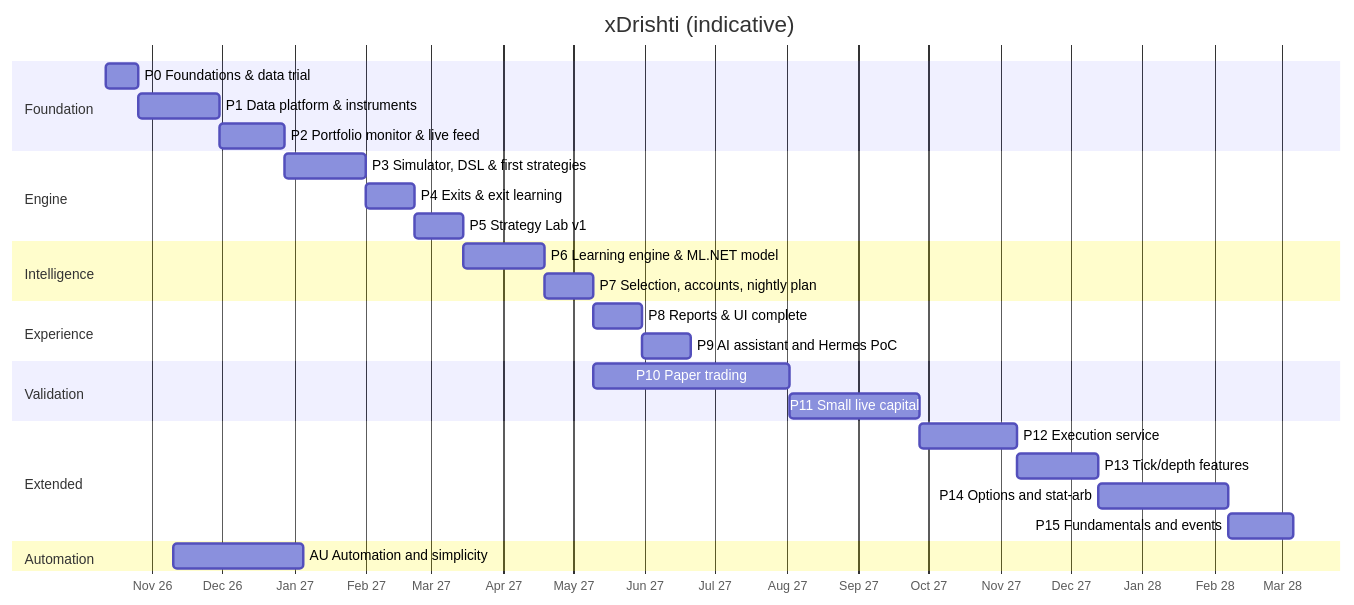
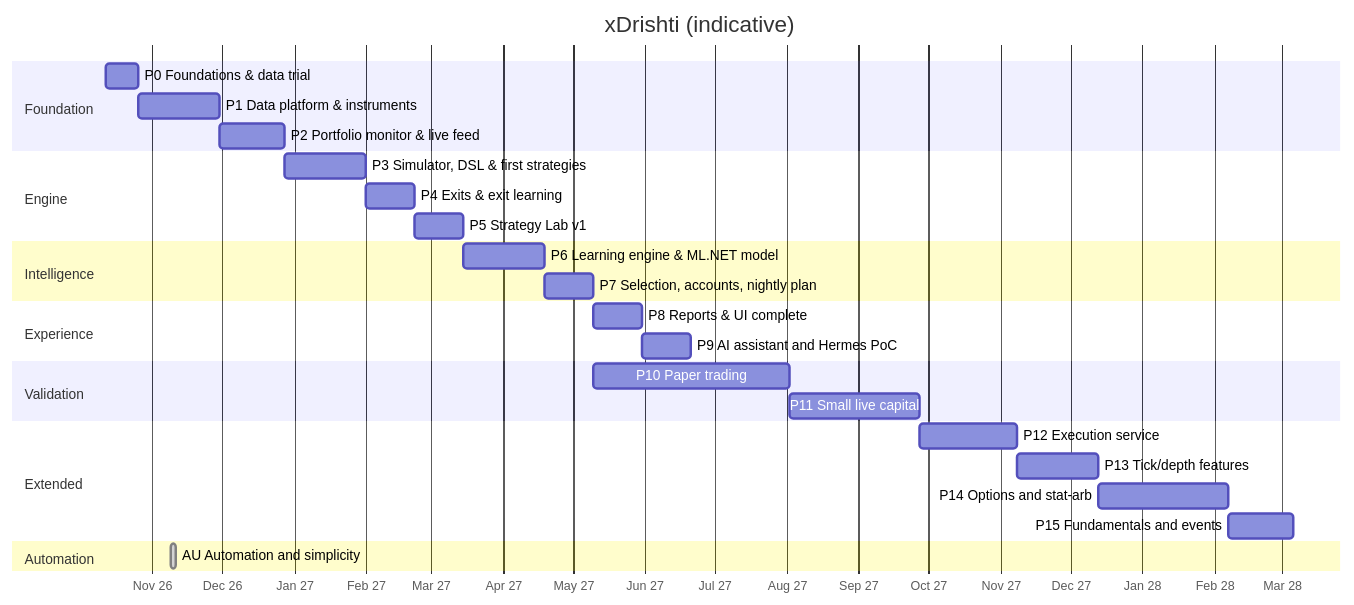
The diagram in docs/design/18-roadmap.md (hemsingh81/xDrishti), drawn with Mermaid before and after one commit. The commit also changed other lines of this file and 103 other files, not shown here.

````diff
--- a/docs/design/18-roadmap.md
+++ b/docs/design/18-roadmap.md
@@ -6,30 +6,30 @@
 ```mermaid
 gantt
     dateFormat  YYYY-MM-DD
     axisFormat  %b %y
     title xDrishti (indicative)
     section Foundation
     P0 Foundations & data trial          :p0, 2026-10-12, 2w
     P1 Data platform & instruments       :p1, after p0, 5w
     P2 Portfolio monitor & live feed     :p2, after p1, 4w
     section Engine
     P3 Simulator, DSL & first strategies :p3, after p2, 5w
     P4 Exits & exit learning             :p4, after p3, 3w
     P5 Strategy Lab v1                   :p5, after p4, 3w
     section Intelligence
     P6 Learning engine & ML.NET model    :p6, after p5, 5w
     P7 Selection, accounts, nightly plan :p7, after p6, 3w
     section Experience
     P8 Reports & UI complete             :p8, after p7, 3w
     P9 AI assistant and Hermes PoC       :p9, after p8, 3w
     section Validation
     P10 Paper trading                    :p10, after p7, 12w
     P11 Small live capital               :p11, after p10, 8w
     section Extended
     P12 Execution service                :p12, after p11, 6w
     P13 Tick/depth features              :p13, after p12, 5w
     P14 Options and stat-arb             :p14, after p13, 8w
     P15 Fundamentals and events          :p15, after p14, 4w
     section Automation
-    AU Automation and simplicity         :au, 2026-11-10, 8w
+    AU Automation and simplicity         :done, au, 2026-11-09, 2d
 ```
````
